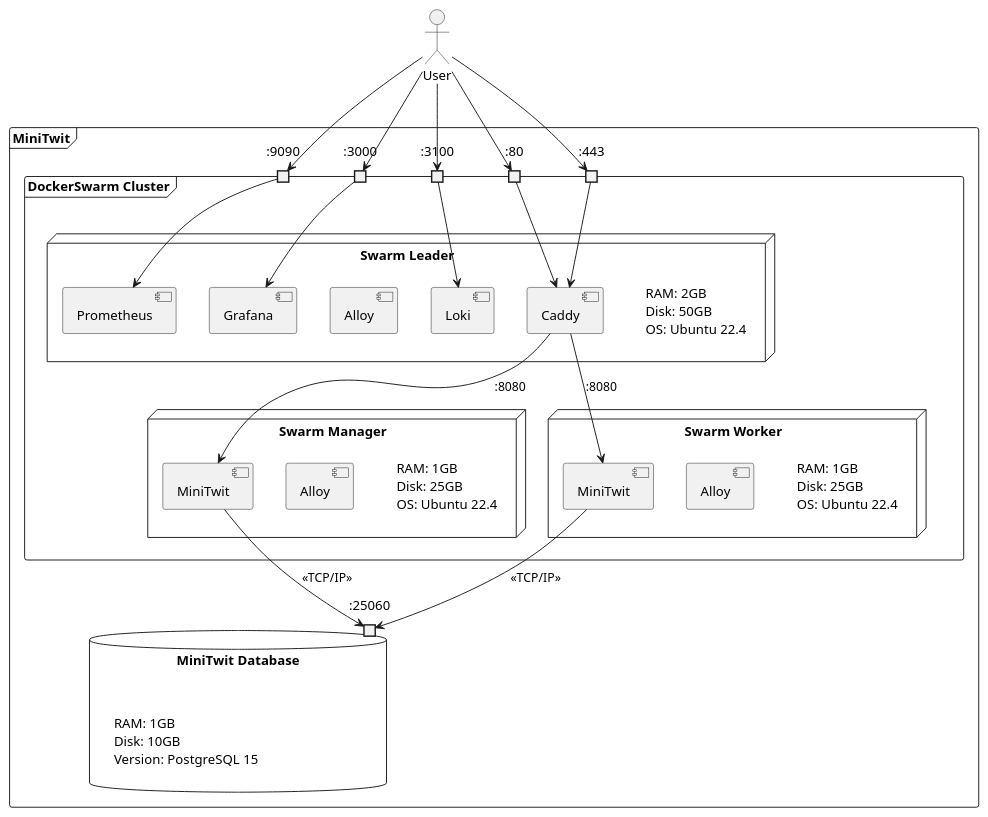
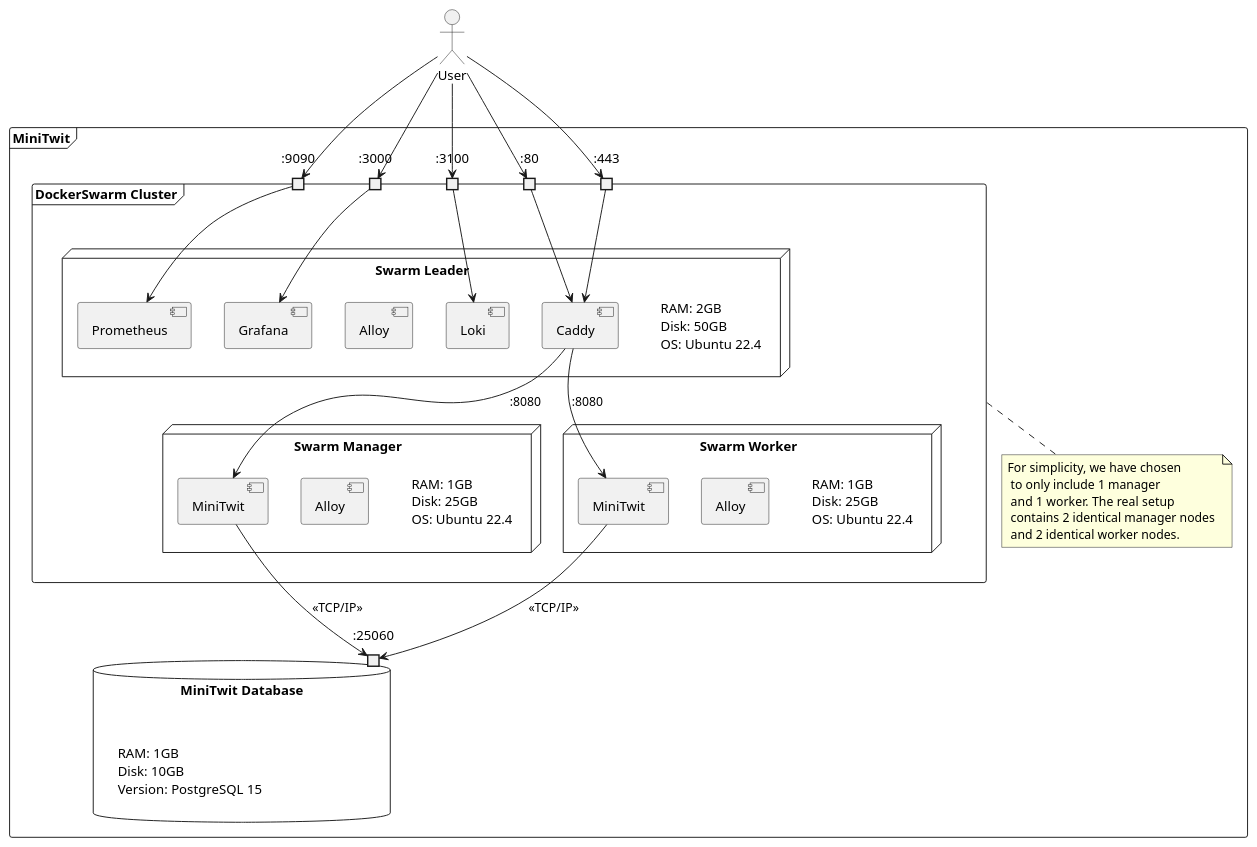
The diagram in report/src/diagrams/deployment-2.puml (DevBobs-devops/Devbobs_MiniTwit), drawn with PlantUML before and after one commit.

Commit message:
report: more deployment v2 diagram

```diff
--- a/report/src/diagrams/deployment-2.puml
+++ b/report/src/diagrams/deployment-2.puml
@@ -1,70 +1,73 @@
 @startuml 
 
 actor User
 
 frame "MiniTwit"{
 
     frame "DockerSwarm Cluster" as DockerSwarm{
          
          
         port ":9090" as 9090
         port ":3000" as 3000
         port ":3100" as 3100
         port ":80"   as 80
         port ":443"  as 443
 
         node "Swarm Leader" as leader {
             label "RAM: 2GB\nDisk: 50GB \nOS: Ubuntu 22.4 " as label_0
 
             component Grafana
             component Loki
             component Alloy as alloy_0
             component Prometheus                 
             component Caddy
         }
 
     
             node "Swarm Manager" as manager_1 {
                 label "RAM: 1GB\nDisk: 25GB \nOS: Ubuntu 22.4 " as label_1
                 component Alloy as alloy_1
                 component MiniTwit as minitwit_0
             
             }
 
             node "Swarm Worker" as worker {
                 label "RAM: 1GB\nDisk: 25GB \nOS: Ubuntu 22.4 " as label_2
                 component Alloy as alloy_2
                 component MiniTwit as minitwit_1
             
             }
     
-
-}    
+    
+}   
 
     database "MiniTwit Database" as db{
         label "RAM: 1GB \nDisk: 10GB \nVersion: PostgreSQL 15"
         port ":25060" as 25060        
     }
+
+    note bottom of DockerSwarm: For simplicity, we have chosen \n to only include 1 manager \n and 1 worker. The real setup \n contains 2 identical manager nodes \n and 2 identical worker nodes. 
+    
 }
-
 
 
 User --> 80 
 User --> 443 
 User --> 9090
 User --> 3000
 User --> 3100 
 3000 --> Grafana 
 3100 --> Loki
 9090 --> Prometheus
 80 --> Caddy
 443 --> Caddy 
 
 
 Caddy --> minitwit_0 : :8080 
 Caddy --> minitwit_1 : :8080 
 minitwit_0 --> 25060 : <<TCP/IP>>
 minitwit_1 --> 25060 : <<TCP/IP>>
 
 
+
 @enduml
```
